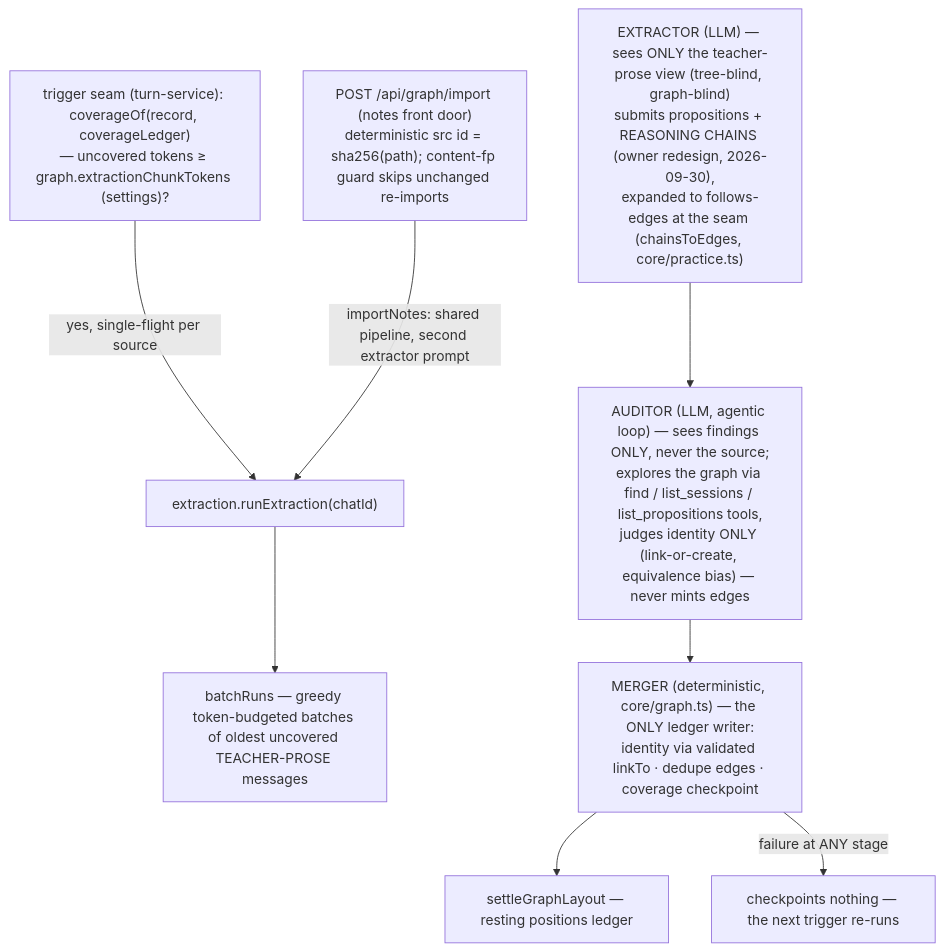
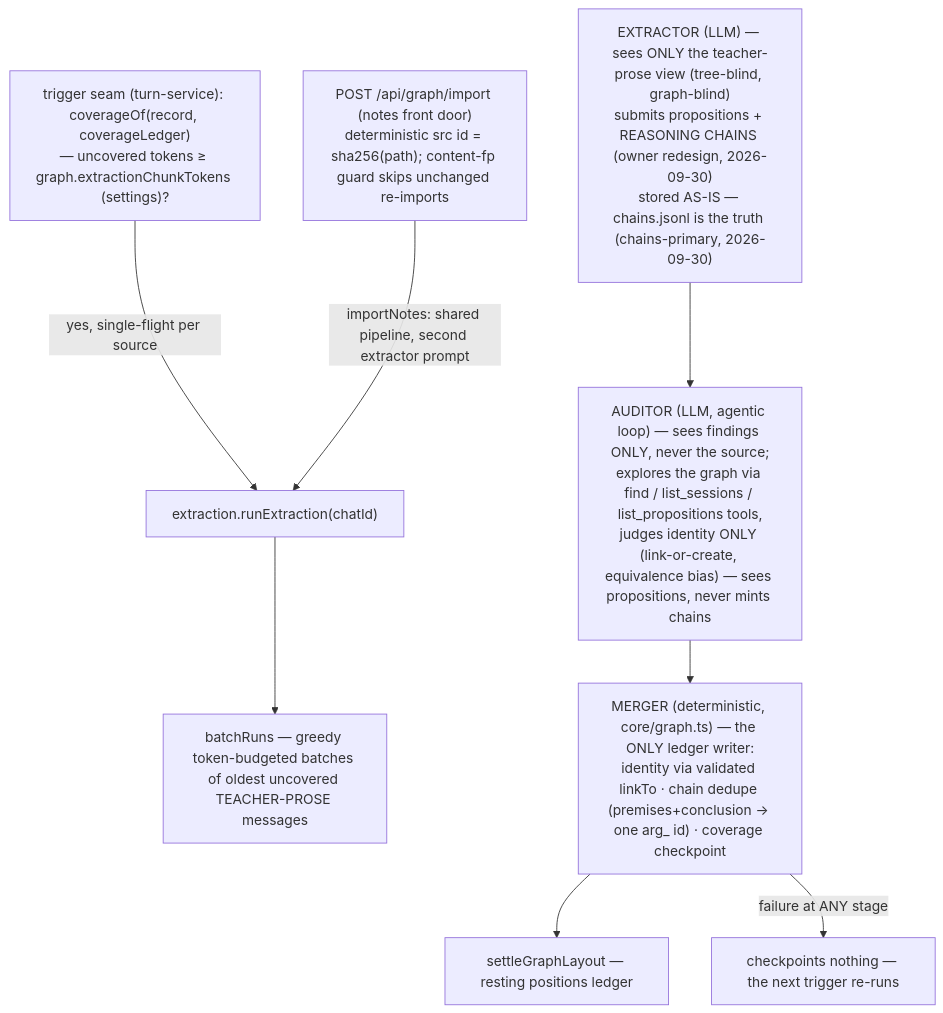
One commit to 0xCUB3/learnharness changed the sixth of 7 diagrams in docs/architecture.md. Above: the diagram before and after it, drawn with Mermaid. The commit also changed other lines of this file and 3 other files, not shown here.

First line of the commit message:
docs: chains-primary reality in architecture.md + README; two stale comments fixed

````diff
--- a/docs/architecture.md
+++ b/docs/architecture.md
@@ -339,11 +339,11 @@
 ```mermaid
 flowchart TB
     TRIG["trigger seam (turn-service): coverageOf(record, coverageLedger)<br/>— uncovered tokens ≥ graph.extractionChunkTokens (settings)?"] -->|"yes, single-flight per source"| RUN["extraction.runExtraction(chatId)"]
     IMPORT["POST /api/graph/import (notes front door)<br/>deterministic src id = sha256(path); content-fp guard skips unchanged re-imports"] -->|"importNotes: shared pipeline, second extractor prompt"| RUN
     RUN --> BATCH["batchRuns — greedy token-budgeted batches of oldest uncovered TEACHER-PROSE messages"]
-    EXT["EXTRACTOR (LLM) — sees ONLY the teacher-prose view (tree-blind, graph-blind)<br/>submits propositions + REASONING CHAINS (owner redesign, 2026-09-30),<br/>expanded to follows-edges at the seam (chainsToEdges, core/practice.ts)"]
-    EXT --> AUD["AUDITOR (LLM, agentic loop) — sees findings ONLY, never the source;<br/>explores the graph via find / list_sessions / list_propositions tools,<br/>judges identity ONLY (link-or-create, equivalence bias) — never mints edges"]
-    AUD --> MERGE["MERGER (deterministic, core/graph.ts) — the ONLY ledger writer:<br/>identity via validated linkTo · dedupe edges · coverage checkpoint"]
+    EXT["EXTRACTOR (LLM) — sees ONLY the teacher-prose view (tree-blind, graph-blind)<br/>submits propositions + REASONING CHAINS (owner redesign, 2026-09-30)<br/>stored AS-IS — chains.jsonl is the truth (chains-primary, 2026-09-30)"]
+    EXT --> AUD["AUDITOR (LLM, agentic loop) — sees findings ONLY, never the source;<br/>explores the graph via find / list_sessions / list_propositions tools,<br/>judges identity ONLY (link-or-create, equivalence bias) — sees propositions, never mints chains"]
+    AUD --> MERGE["MERGER (deterministic, core/graph.ts) — the ONLY ledger writer:<br/>identity via validated linkTo · chain dedupe (premises+conclusion → one arg_ id) · coverage checkpoint"]
     MERGE --> SETTLE["settleGraphLayout — resting positions ledger"]
     MERGE -->|"failure at ANY stage"| NOTHING["checkpoints nothing — the next trigger re-runs"]
 ```
````
